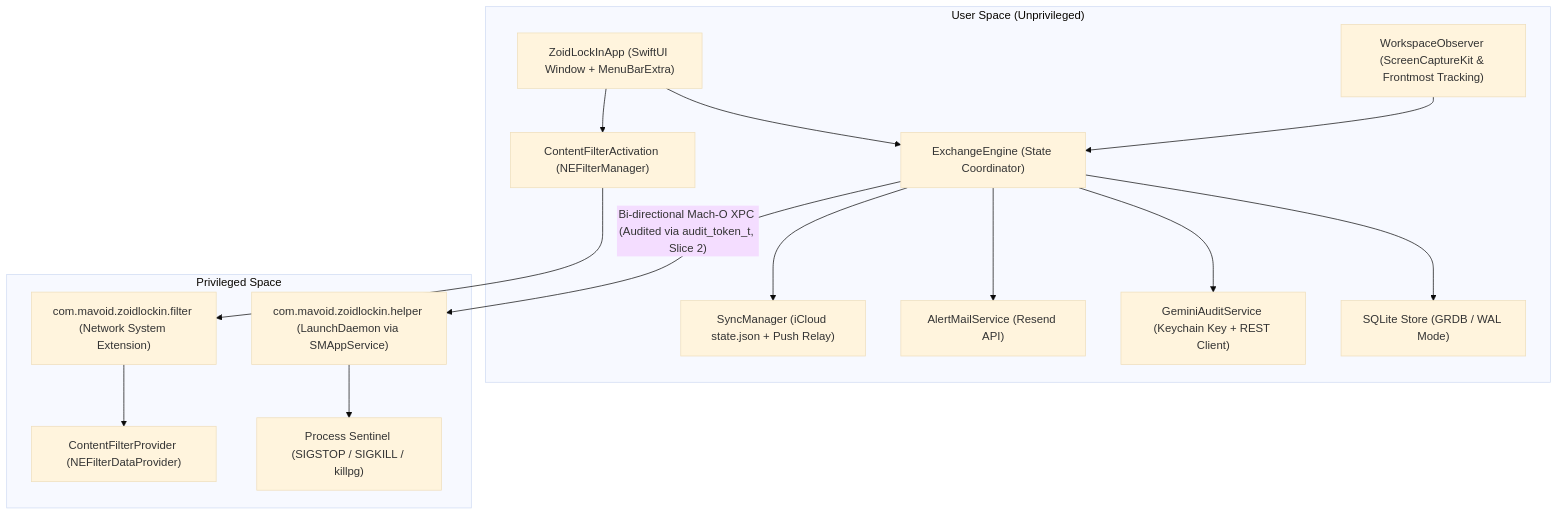
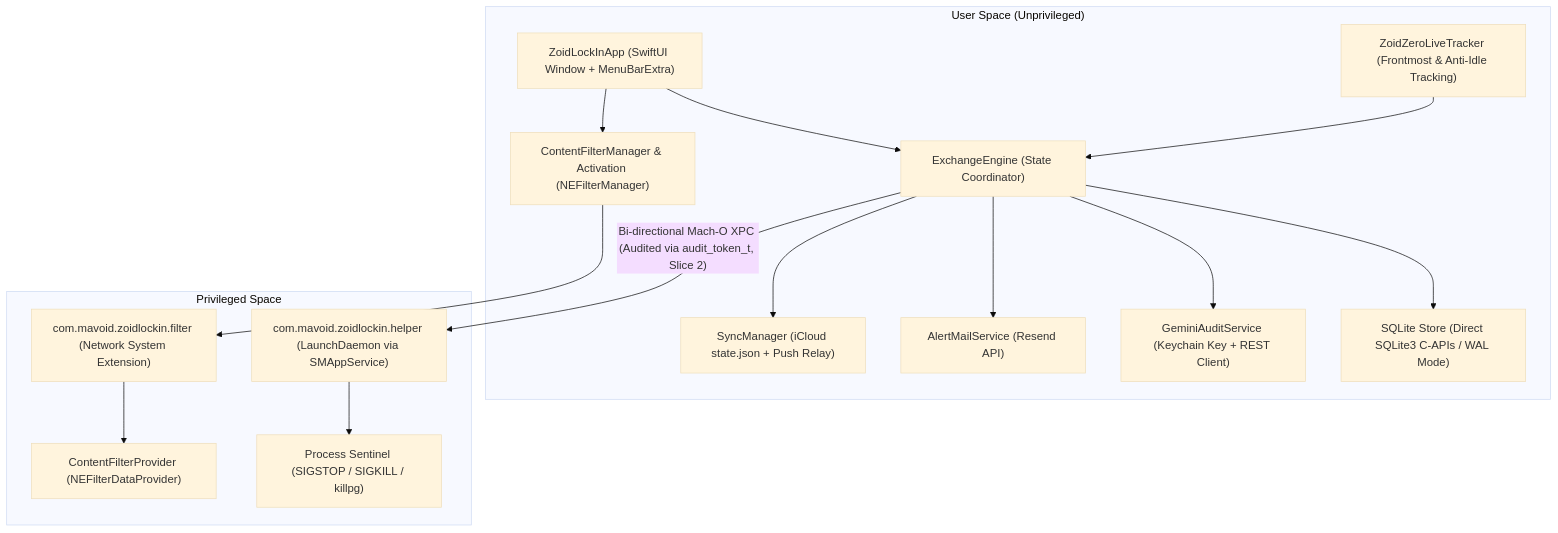
One commit to Ziad-NasrEldin/Zoid-Lock-In changed the first of 2 diagrams in SPEC.md. Above: the diagram before and after it, drawn with Mermaid (base theme). The commit also changed other lines of this file and 2 other files, not shown here.

First line of the commit message:
docs: record live tracker, filter activation, and handoff

````diff
--- a/SPEC.md
+++ b/SPEC.md
@@ -7,33 +7,33 @@
 ```mermaid
 flowchart TD
     subgraph UserSpace ["User Space (Unprivileged)"]
         UI["ZoidLockInApp (SwiftUI Window + MenuBarExtra)"]
         Engine["ExchangeEngine (State Coordinator)"]
-        Store["SQLite Store (GRDB / WAL Mode)"]
-        Observer["WorkspaceObserver (ScreenCaptureKit & Frontmost Tracking)"]
+        Store["SQLite Store (Direct SQLite3 C-APIs / WAL Mode)"]
+        Observer["ZoidZeroLiveTracker (Frontmost & Anti-Idle Tracking)"]
         GeminiClient["GeminiAuditService (Keychain Key + REST Client)"]
         MailClient["AlertMailService (Resend API)"]
         SyncManager["SyncManager (iCloud state.json + Push Relay)"]
-        FilterActivator["ContentFilterActivation (NEFilterManager)"]
+        FilterActivator["ContentFilterManager & Activation (NEFilterManager)"]
     end
 
     subgraph PrivilegedSpace ["Privileged Space"]
         Daemon["com.mavoid.zoidlockin.helper (LaunchDaemon via SMAppService)"]
         ProcKiller["Process Sentinel (SIGSTOP / SIGKILL / killpg)"]
         NetExt["com.mavoid.zoidlockin.filter (Network System Extension)"]
         FilterData["ContentFilterProvider (NEFilterDataProvider)"]
     end
 
     UI --> Engine
     Engine --> Store
     Observer --> Engine
     Engine --> GeminiClient
     Engine --> MailClient
     Engine --> SyncManager
     UI --> FilterActivator
     FilterActivator --> NetExt
 
     Engine -- "Bi-directional Mach-O XPC (Audited via audit_token_t, Slice 2)" --> Daemon
     Daemon --> ProcKiller
     NetExt --> FilterData
 ```
````
